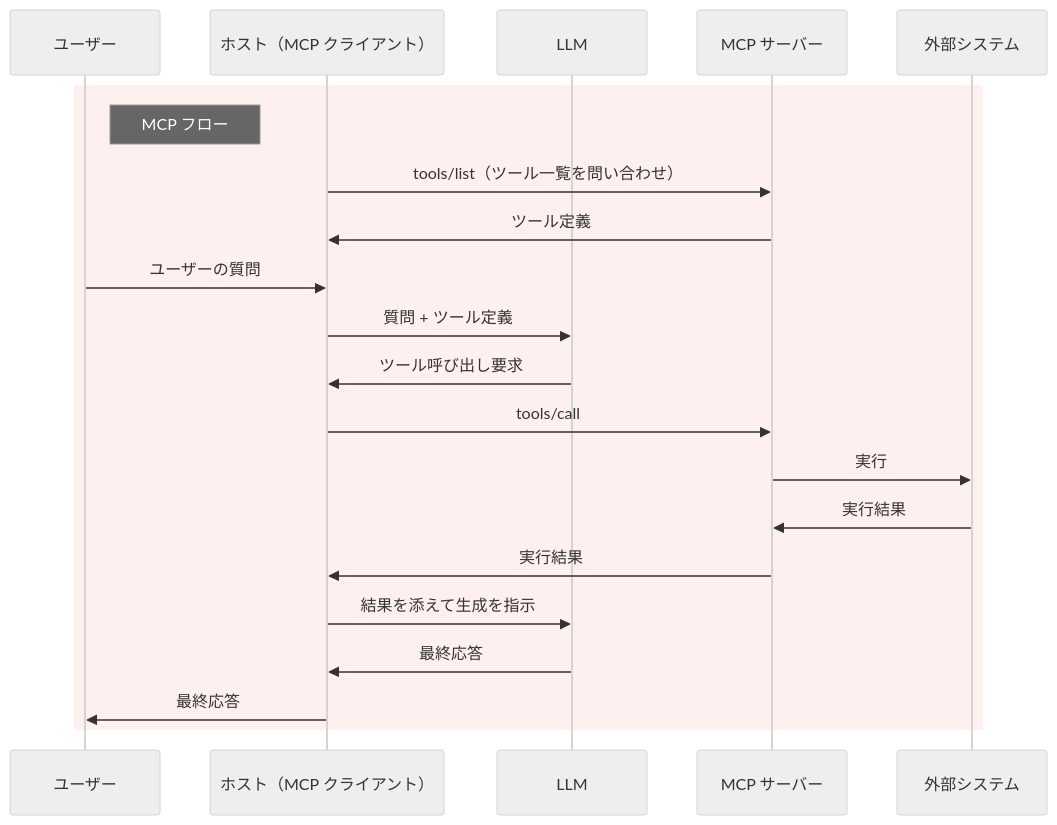
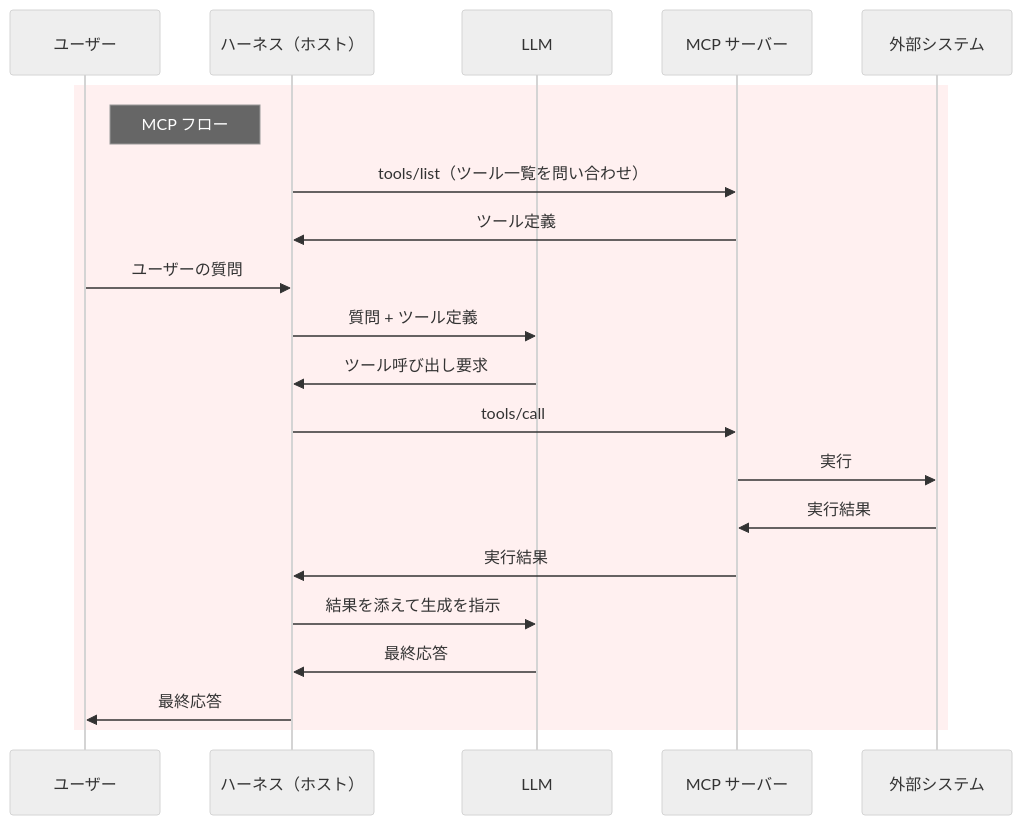
The second of 2 diagrams in articles/ai/function-calling-vs-mcp.md (7shi/qiita), drawn with Mermaid (neutral theme) before and after one commit. The commit also changed other lines of this file, not shown here.

Commit message:
function-calling-vs-mcp 言い回しを調整、用語をハーネスに統一

````diff
--- a/articles/ai/function-calling-vs-mcp.md
+++ b/articles/ai/function-calling-vs-mcp.md
@@ -67,24 +69,24 @@
 ```mermaid
 sequenceDiagram
     participant User as ユーザー
-    participant Host as ホスト（MCP クライアント）
+    participant Harness as ハーネス（ホスト）
     participant LLM
     participant Server as MCP サーバー
     participant External as 外部システム
 
     rect rgb(255, 240, 240)
     note right of User: MCP フロー
-    Host->>Server: tools/list（ツール一覧を問い合わせ）
-    Server->>Host: ツール定義
-    User->>Host: ユーザーの質問
-    Host->>LLM: 質問 + ツール定義
-    LLM->>Host: ツール呼び出し要求
-    Host->>Server: tools/call
+    Harness->>Server: tools/list（ツール一覧を問い合わせ）
+    Server->>Harness: ツール定義
+    User->>Harness: ユーザーの質問
+    Harness->>LLM: 質問 + ツール定義
+    LLM->>Harness: ツール呼び出し要求
+    Harness->>Server: tools/call
     Server->>External: 実行
     External->>Server: 実行結果
-    Server->>Host: 実行結果
-    Host->>LLM: 結果を添えて生成を指示
-    LLM->>Host: 最終応答
-    Host->>User: 最終応答
+    Server->>Harness: 実行結果
+    Harness->>LLM: 結果を添えて生成を指示
+    LLM->>Harness: 最終応答
+    Harness->>User: 最終応答
     end
 ```
````
